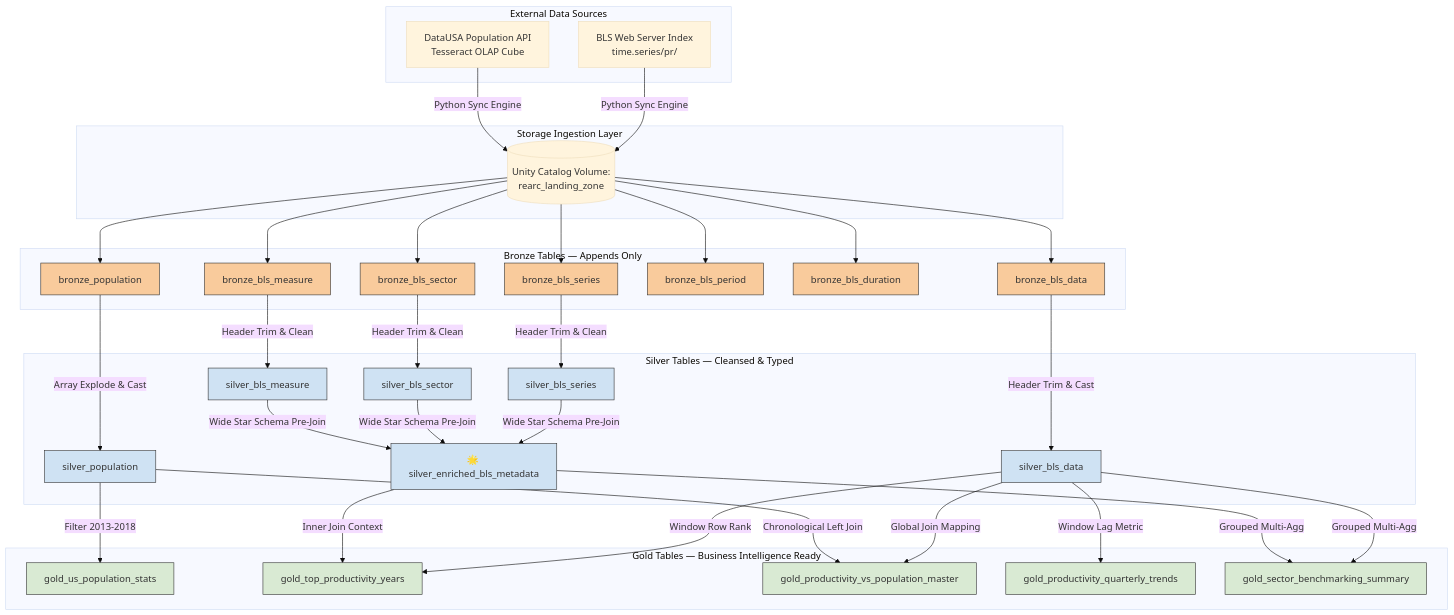
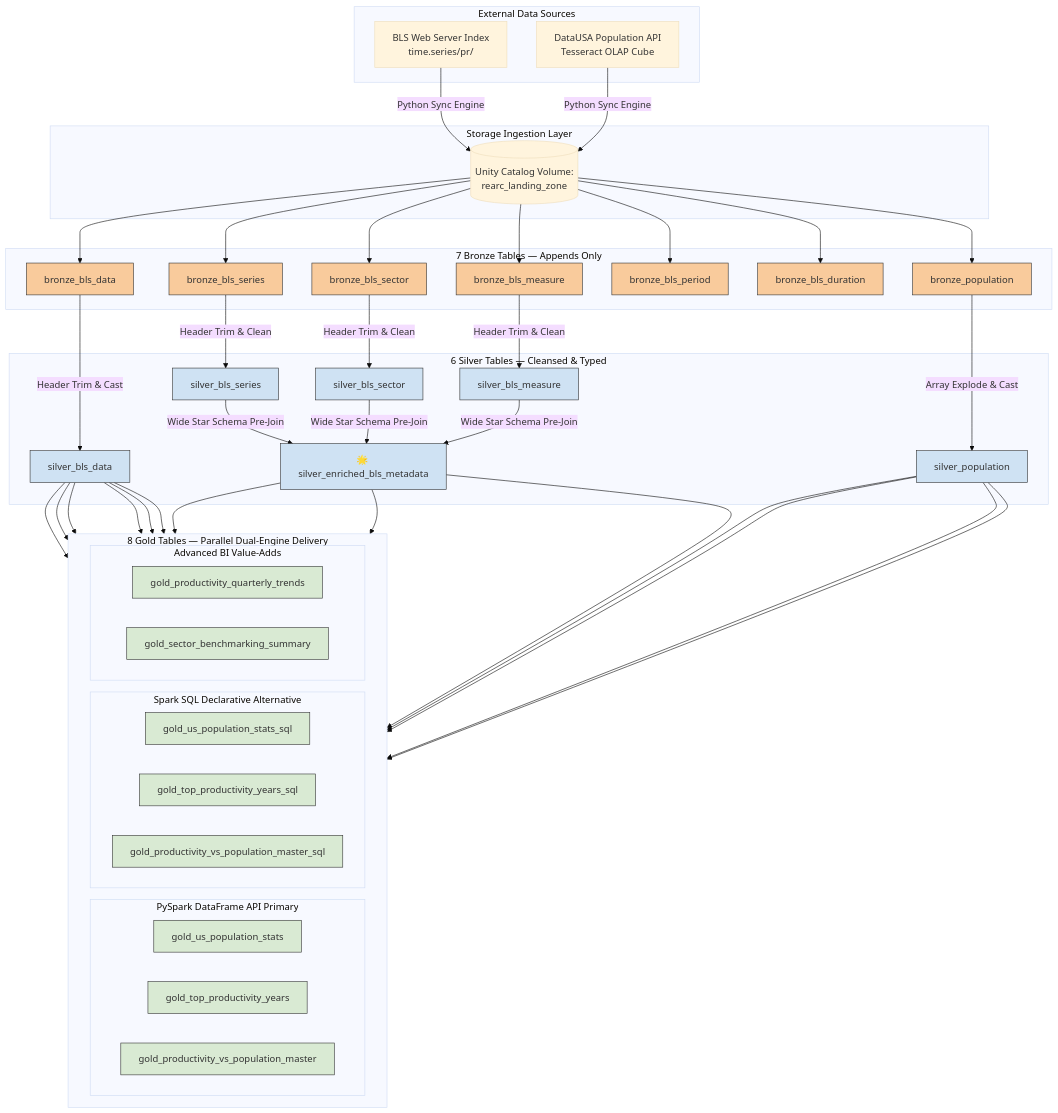
The diagram in README.md (Hariharasudhan/rearc-data-quest), drawn with Mermaid (base theme) before and after one commit. The commit also changed other lines of this file, not shown here.

Commit message:
Covering SparkSQL solution in readme

````diff
--- a/README.md
+++ b/README.md
@@ -29,7 +29,7 @@
     end
 
     %% Bronze Layer
-    subgraph Staging Layer [Bronze Tables — Appends Only]
+    subgraph Staging Layer [7 Bronze Tables — Appends Only]
         B1[bronze_bls_data]
         B2[bronze_bls_series]
         B3[bronze_bls_sector]
@@ -40,7 +40,7 @@
     end
 
     %% Silver Layer
-    subgraph Conformed Layer [Silver Tables — Cleansed & Typed]
+    subgraph Conformed Layer [6 Silver Tables — Cleansed & Typed]
         S1[silver_bls_data]
         S2[silver_bls_series]
         S3[silver_bls_sector]
@@ -50,18 +50,26 @@
     end
 
     %% Gold Layer
-    subgraph Presentation Layer [Gold Tables — Business Intelligence Ready]
-        G1[gold_us_population_stats]
-        G2[gold_top_productivity_years]
-        G3[gold_productivity_vs_population_master]
-        G4[gold_productivity_quarterly_trends]
-        G5[gold_sector_benchmarking_summary]
+    subgraph Presentation Layer [8 Gold Tables — Parallel Dual-Engine Delivery]
+        direction LR
+        subgraph PySpark DataFrame API Primary
+            G1[gold_us_population_stats]
+            G2[gold_top_productivity_years]
+            G3[gold_productivity_vs_population_master]
+        end
+        subgraph Spark SQL Declarative Alternative
+            G1_S[gold_us_population_stats_sql]
+            G2_S[gold_top_productivity_years_sql]
+            G3_S[gold_productivity_vs_population_master_sql]
+        end
+        subgraph Advanced BI Value-Adds
+            G4[gold_productivity_quarterly_trends]
+            G5[gold_sector_benchmarking_summary]
+        end
     end
 
     %% Data Pipeline Connections
-    SRC1 -->|Python Sync Engine| V1
-    SRC2 -->|Python Sync Engine| V1
-
+    SRC1 & SRC2 -->|Python Sync Engine| V1
     V1 --> B1 & B2 & B3 & B4 & B5 & B6 & B7
 
     B1 -->|Header Trim & Cast| S1
@@ -72,13 +80,19 @@
 
     S2 & S3 & S4 -->|Wide Star Schema Pre-Join| M1
 
-    S5 -->|Filter 2013-2018| G1
-    S1 -->|Window Row Rank| G2
-    M1 -->|Inner Join Context| G2
-    S1 -->|Global Join Mapping| G3
-    S5 -->|Chronological Left Join| G3
-    S1 -->|Window Lag Metric| G4
-    S1 & M1 -->|Grouped Multi-Agg| G5
+    %% PySpark Flow
+    S5 --> G1
+    S1 & M1 --> G2
+    S1 & S5 --> G3
+
+    %% SQL Flow
+    S5 --> G1_S
+    S1 & M1 --> G2_S
+    S1 & S5 --> G3_S
+
+    %% Bonus Flow
+    S1 --> G4
+    S1 & M1 --> G5
 
     %% Component Visual Styles
     classDef bronze fill:#f9cb9c,stroke:#333,stroke-width:1px;
@@ -86,5 +100,5 @@
     classDef gold fill:#d9ead3,stroke:#333,stroke-width:1px;
     class B1,B2,B3,B4,B5,B6,B7 bronze;
     class S1,S2,S3,S4,S5,M1 silver;
-    class G1,G2,G3,G4,G5 gold;
+    class G1,G2,G3,G1_S,G2_S,G3_S,G4,G5 gold;
 ```
````
